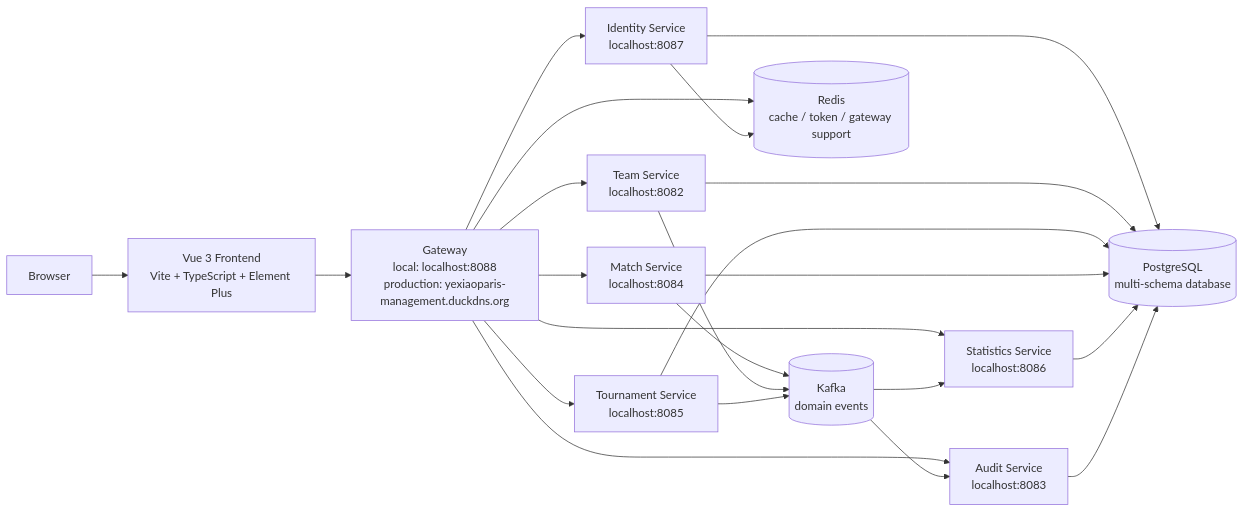
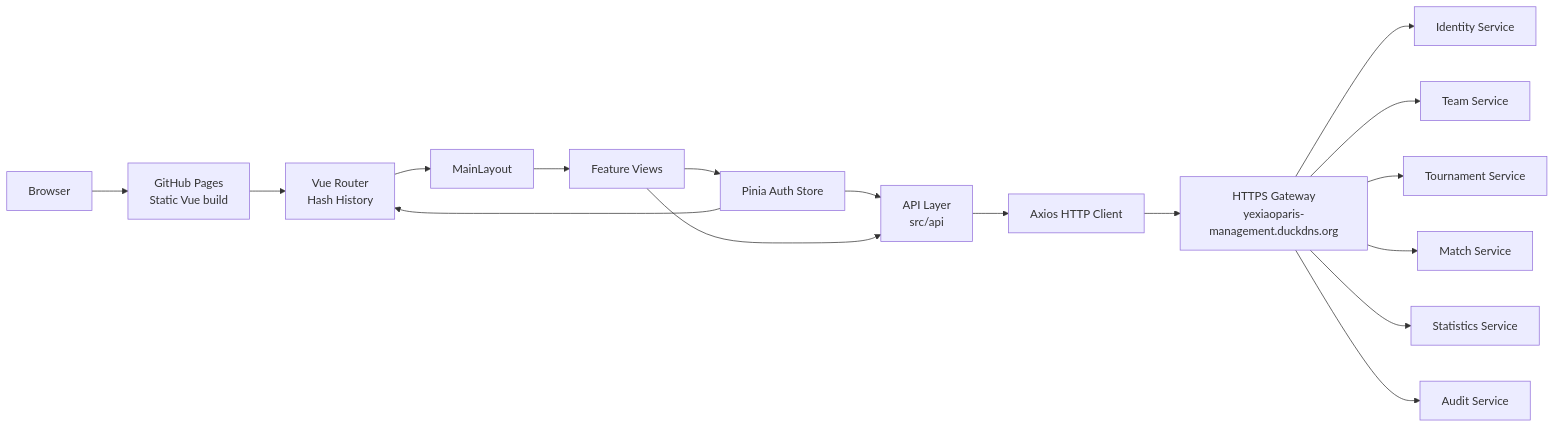
The first of 2 diagrams in README.md (Yukhoi/team-management-frontend), drawn with Mermaid before and after one commit. The commit also changed other lines of this file and 1 other file, not shown here.

````diff
--- a/README.md
+++ b/README.md
@@ -123,43 +38,35 @@
 ```mermaid
 flowchart LR
   Browser["Browser"]
-  Frontend["Vue 3 Frontend<br/>Vite + TypeScript + Element Plus"]
-  Gateway["Gateway<br/>local: localhost:8088<br/>production: yexiaoparis-management.duckdns.org"]
+  Pages["GitHub Pages<br/>Static Vue build"]
+  Router["Vue Router<br/>Hash History"]
+  Layout["MainLayout"]
+  Views["Feature Views"]
+  Store["Pinia Auth Store"]
+  Api["API Layer<br/>src/api"]
+  Axios["Axios HTTP Client"]
+  Gateway["HTTPS Gateway<br/>yexiaoparis-management.duckdns.org"]
+  Identity["Identity Service"]
+  Team["Team Service"]
+  Tournament["Tournament Service"]
+  Match["Match Service"]
+  Statistics["Statistics Service"]
+  Audit["Audit Service"]
 
-  Identity["Identity Service<br/>localhost:8087"]
-  Team["Team Service<br/>localhost:8082"]
-  Tournament["Tournament Service<br/>localhost:8085"]
-  Match["Match Service<br/>localhost:8084"]
-  Statistics["Statistics Service<br/>localhost:8086"]
-  Audit["Audit Service<br/>localhost:8083"]
-
-  PostgreSQL[("PostgreSQL<br/>multi-schema database")]
-  Kafka[("Kafka<br/>domain events")]
-  Redis[("Redis<br/>cache / token / gateway support")]
-
-  Browser --> Frontend
-  Frontend --> Gateway
-
+  Browser --> Pages
+  Pages --> Router
+  Router --> Layout
+  Layout --> Views
+  Store --> Router
+  Store --> Api
+  Views --> Store
+  Views --> Api
+  Api --> Axios
+  Axios --> Gateway
   Gateway --> Identity
   Gateway --> Team
   Gateway --> Tournament
   Gateway --> Match
   Gateway --> Statistics
   Gateway --> Audit
-
-  Identity --> PostgreSQL
-  Team --> PostgreSQL
-  Tournament --> PostgreSQL
-  Match --> PostgreSQL
-  Statistics --> PostgreSQL
-  Audit --> PostgreSQL
-
-  Match --> Kafka
-  Team --> Kafka
-  Tournament --> Kafka
-  Kafka --> Statistics
-  Kafka --> Audit
-
-  Gateway --> Redis
-  Identity --> Redis
 ```
````
